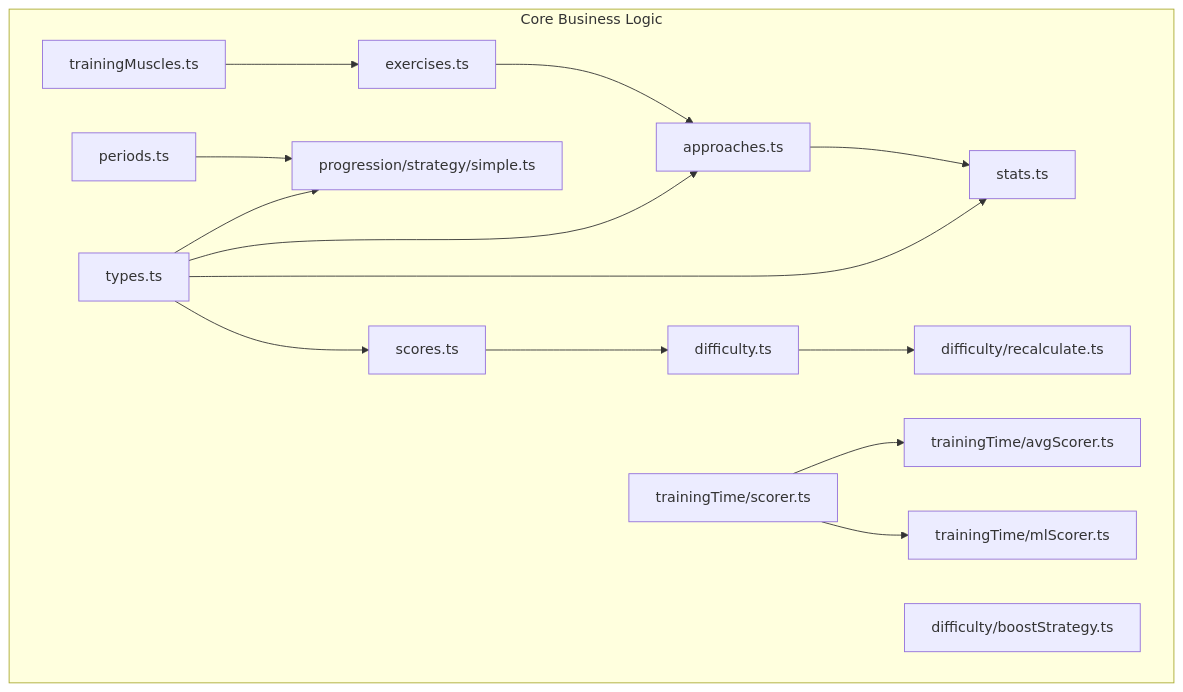
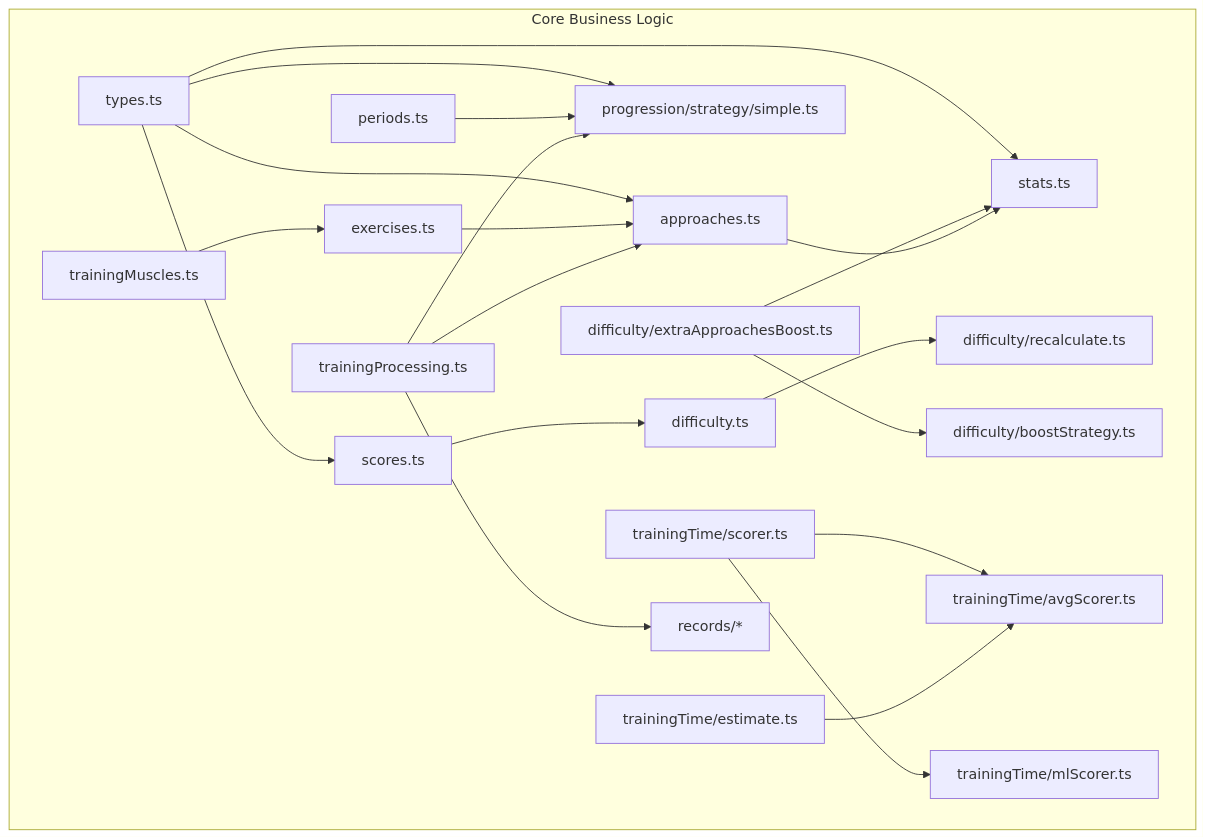
The first of 12 diagrams in .qoder/repowiki/en/content/Core Business Logic/Core Business Logic.md (Dezzpil/meingym), drawn with Mermaid before and after one commit. The commit also changed other lines of this file and 12 other files, not shown here.

````diff
--- a/.qoder/repowiki/en/content/Core Business Logic/Core Business Logic.md
+++ b/.qoder/repowiki/en/content/Core Business Logic/Core Business Logic.md
@@ -55,31 +69,41 @@
 ```mermaid
 graph TB
 subgraph "Core Business Logic"
 A["scores.ts"]
 B["approaches.ts"]
 C["stats.ts"]
 D["types.ts"]
 E["progression/strategy/simple.ts"]
 F["difficulty.ts"]
 G["difficulty/recalculate.ts"]
 H["difficulty/boostStrategy.ts"]
+HB["difficulty/extraApproachesBoost.ts"]
 I["trainingTime/scorer.ts"]
 J["trainingTime/avgScorer.ts"]
 K["trainingTime/mlScorer.ts"]
+EST["trainingTime/estimate.ts"]
 L["periods.ts"]
 M["exercises.ts"]
 N["trainingMuscles.ts"]
+TP["trainingProcessing.ts"]
+R["records/*"]
 end
 D --> A
 D --> B
 D --> C
 D --> E
 A --> F
 F --> G
+HB --> H
+HB --> C
 I --> J
 I --> K
+EST --> J
 B --> C
 M --> B
 L --> E
 N --> M
+TP --> B
+TP --> E
+TP --> R
 ```
````
